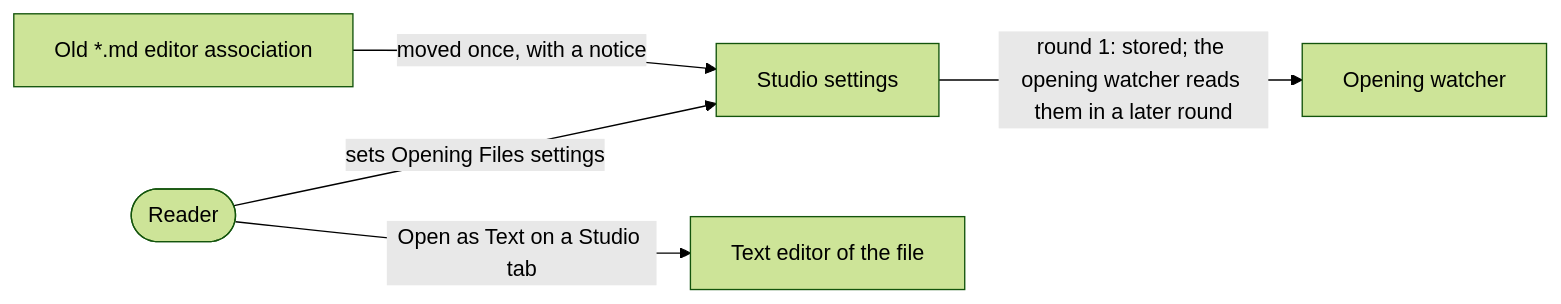
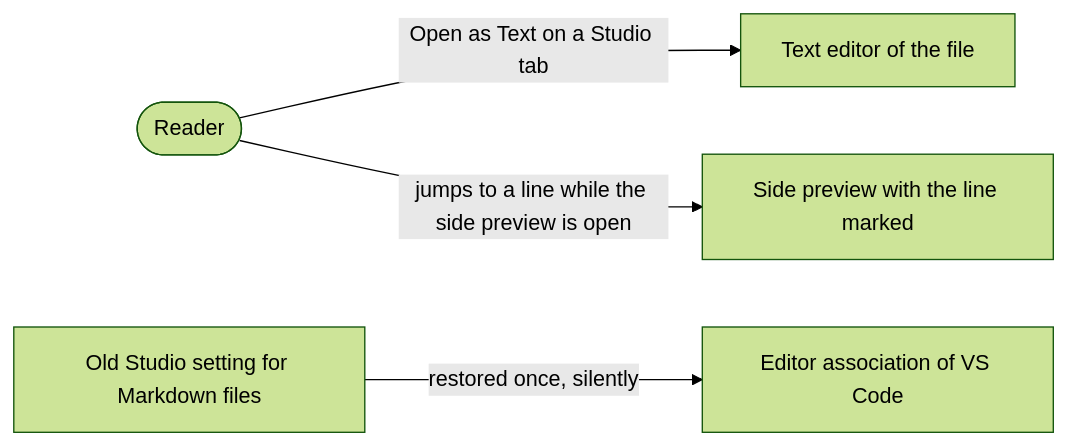
Before and after one commit to gsemet/markdown-okf-schema-studio: the diagram in requirements/tiers/strs/lifecycle-sync/StRS-MDOKFSTUDIO-LIFE-023.md, drawn with Mermaid (forest theme). The commit also changed other lines of this file and 72 other files, not shown here.

First line of the commit message:
fix(vscode): remove the opening watcher so the raw text stays text

````diff
--- a/requirements/tiers/strs/lifecycle-sync/StRS-MDOKFSTUDIO-LIFE-023.md
+++ b/requirements/tiers/strs/lifecycle-sync/StRS-MDOKFSTUDIO-LIFE-023.md
@@ -67,7 +71,6 @@
 ```mermaid
 flowchart LR
-    R([Reader]) -->|sets Opening Files settings| S[Studio settings]
-    R -->|Open as Text on a Studio tab| T[Text editor of the file]
-    M[Old *.md editor association] -->|moved once, with a notice| S
-    S -->|round 1: stored; the opening watcher reads them in a later round| W[Opening watcher]
+    R([Reader]) -->|Open as Text on a Studio tab| T[Text editor of the file]
+    R -->|jumps to a line while the side preview is open| P[Side preview with the line marked]
+    O[Old Studio setting for Markdown files] -->|restored once, silently| A[Editor association of VS Code]
 ```
````
